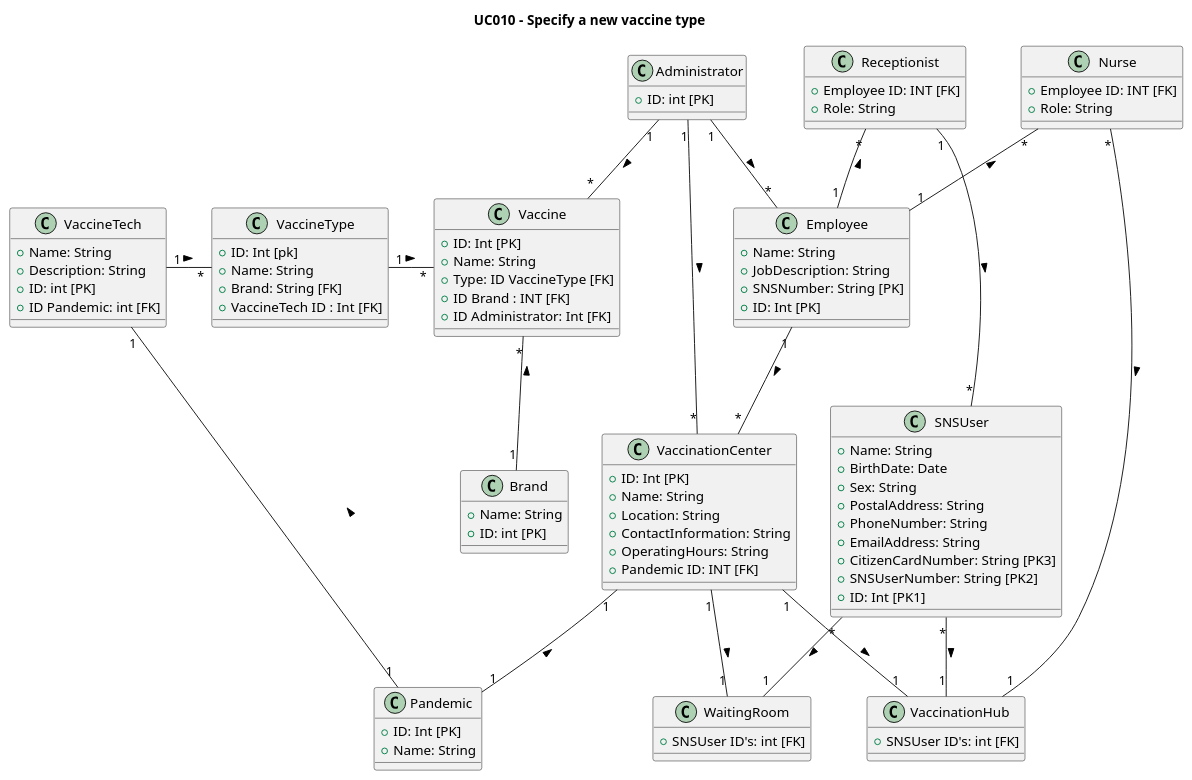
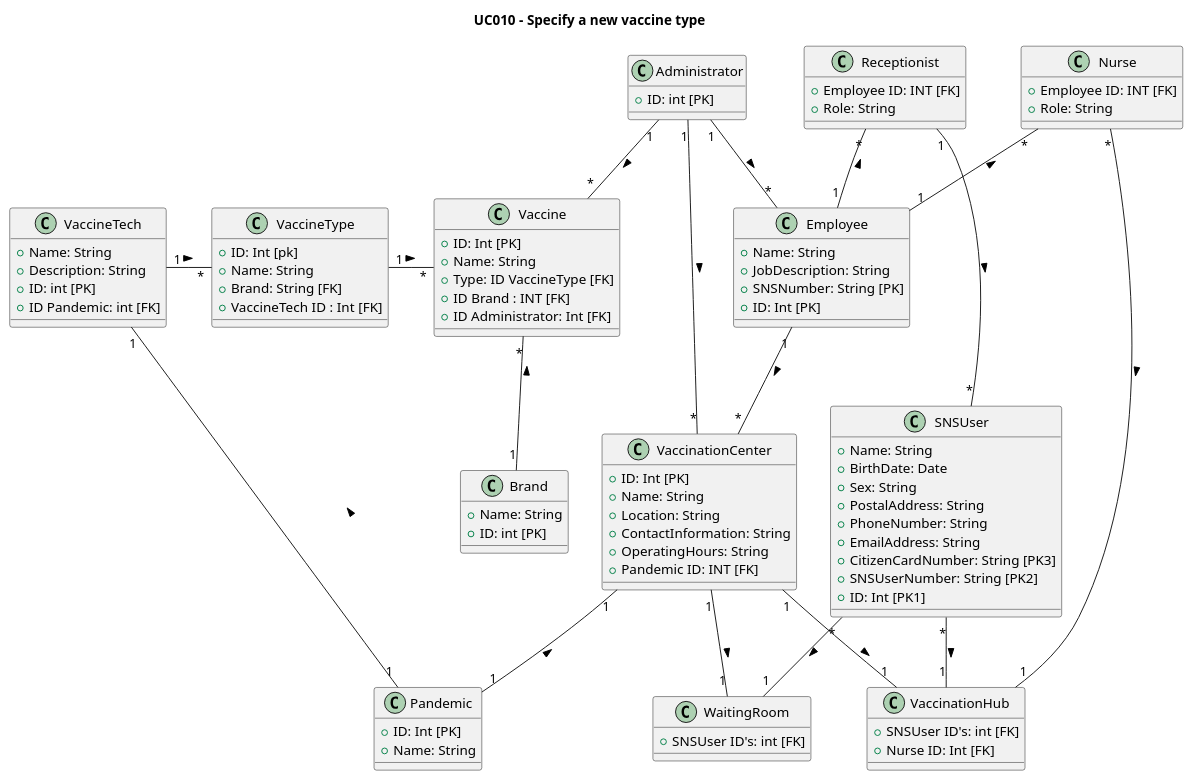
One commit to rafaafig/SnsTrab changed the diagram in sns-base/doc/global/use-cases/Conceptual Model/Logic Model.puml. Above: the diagram before and after it, drawn with PlantUML.

Commit message:
small fix to logic model

```diff
--- a/sns-base/doc/global/use-cases/Conceptual Model/Logic Model.puml
+++ b/sns-base/doc/global/use-cases/Conceptual Model/Logic Model.puml
@@ -1,109 +1,110 @@
 @startuml
 title UC010 - Specify a new vaccine type
 
 
 
 
 class VaccineTech{
     +Name: String
     +Description: String
     +ID: int [PK]
     +ID Pandemic: int [FK]
 
 }
 
 class Brand {
     +Name: String
     +ID: int [PK]
 }
 
 class Administrator {
     +ID: int [PK]
 }
 
 class Vaccine {
     +ID: Int [PK]
     +Name: String
     +Type: ID VaccineType [FK]
     +ID Brand : INT [FK]
     +ID Administrator: Int [FK]
 }
 
 class VaccineType {
      +ID: Int [pk]
      +Name: String
      +Brand: String [FK]
      +VaccineTech ID : Int [FK]
 }
 
 class VaccinationCenter {
     +ID: Int [PK]
     +Name: String
     +Location: String
     +ContactInformation: String
     +OperatingHours: String
     +Pandemic ID: INT [FK]
 }
 
 class Pandemic {
     +ID: Int [PK]
     +Name: String
 }
 
 class Employee {
     +Name: String
     +JobDescription: String
     +SNSNumber: String [PK]
     +ID: Int [PK]
 }
 
 class Receptionist {
     +Employee ID: INT [FK]
     +Role: String
 }
 
 class SNSUser {
     +Name: String
     +BirthDate: Date
     +Sex: String
     +PostalAddress: String
     +PhoneNumber: String
     +EmailAddress: String
     +CitizenCardNumber: String [PK3]
     +SNSUserNumber: String [PK2]
     +ID: Int [PK1]
 }
 
 class WaitingRoom{
     +SNSUser ID's: int [FK]
 }
 
 class VaccinationHub{
     +SNSUser ID's: int [FK]
+    +Nurse ID: Int [FK]
 }
 
 class Nurse{
      +Employee ID: INT [FK]
      +Role: String
 }
 
 ' Relationships
 VaccinationCenter "1" -- "1" VaccinationHub: >
 VaccinationCenter "1" -- "1" WaitingRoom: >
 Nurse "*" -- "1" VaccinationHub :  >
 Nurse "*" -- "1" Employee :  <
 SNSUser "*" -- "1" VaccinationHub :  >
 SNSUser "*" -- "1" WaitingRoom :  >
 Receptionist "*" -- "1" Employee :  <
 Receptionist "1" -- "*" SNSUser :  >
 Administrator "1" -- "  *" Employee : >
 Employee "1" -- "*" VaccinationCenter :  >
 Administrator "1" -- "*" VaccinationCenter :  >
 VaccineTech "1" -- "1" Pandemic :  <
 VaccinationCenter "1" -- "1" Pandemic :  <
 Administrator "1" -- "*" Vaccine :  >
 Vaccine "*" -- "1" Brand :  <
 VaccineTech "1   "-"    *" VaccineType : >
 VaccineType "1   "-"    *"Vaccine : >
 
 @enduml
```
